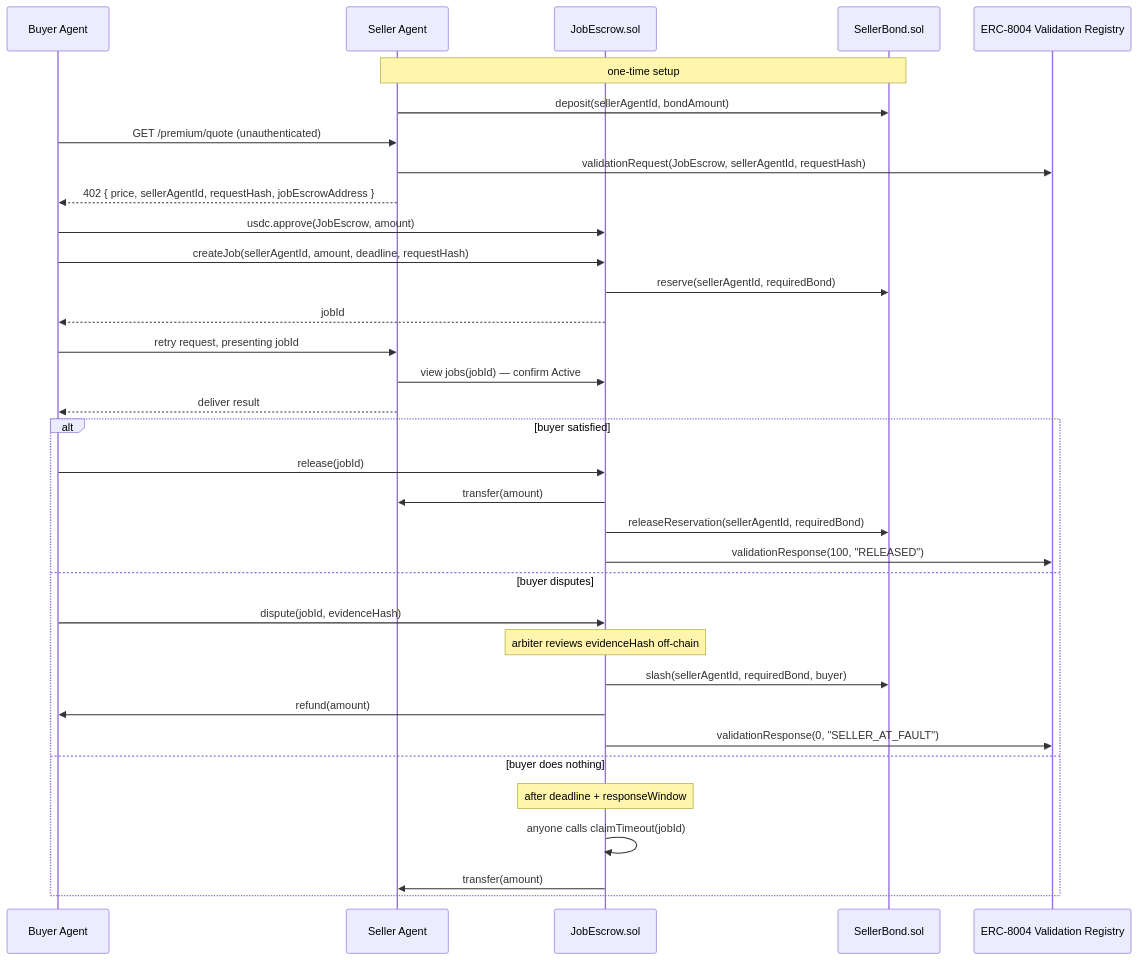
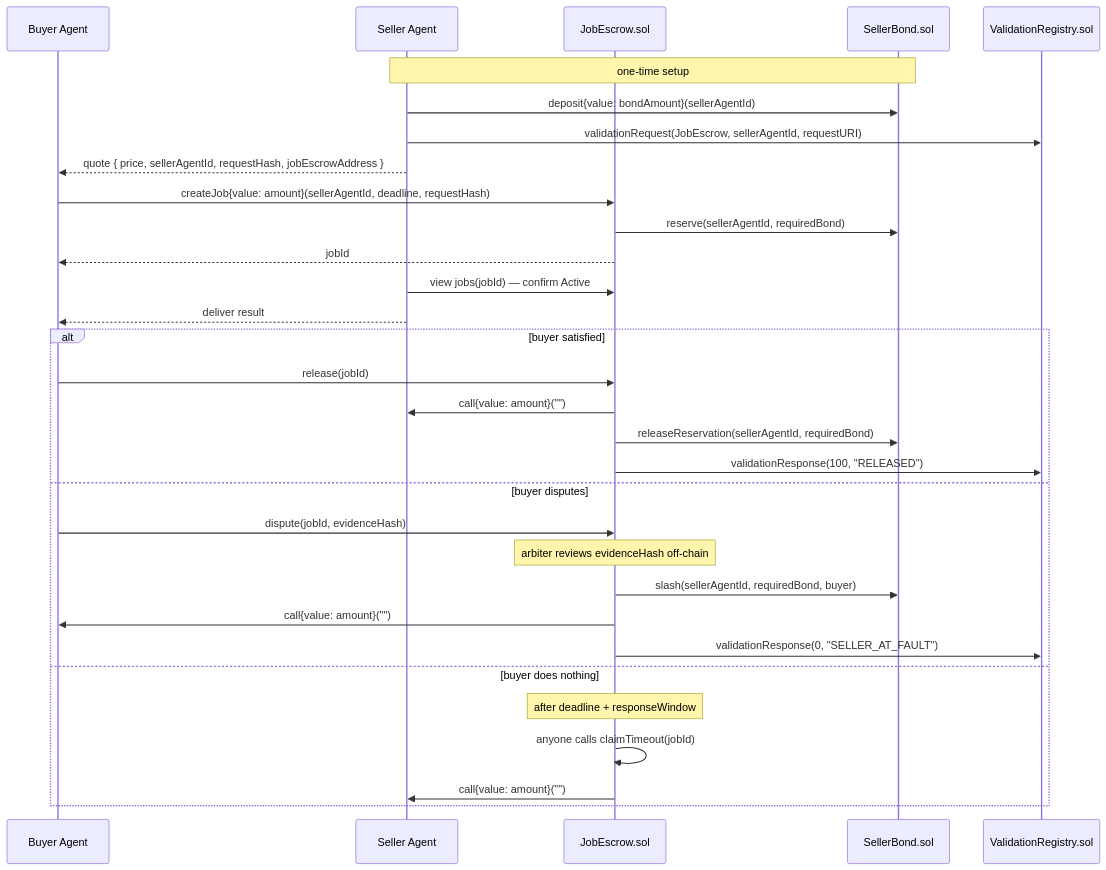
Before and after one commit to CHEF-SAVY/TripBOT: the diagram in README.md, drawn with Mermaid. The commit also changed other lines of this file and 76 other files, not shown here.

````diff
--- a/README.md
+++ b/README.md
@@ -57,41 +30,38 @@
 ```mermaid
 sequenceDiagram
     participant Buyer as Buyer Agent
     participant Seller as Seller Agent
     participant JE as JobEscrow.sol
     participant SB as SellerBond.sol
-    participant VR as ERC-8004 Validation Registry
+    participant VR as ValidationRegistry.sol
 
     Note over Seller,SB: one-time setup
-    Seller->>SB: deposit(sellerAgentId, bondAmount)
+    Seller->>SB: deposit{value: bondAmount}(sellerAgentId)
 
-    Buyer->>Seller: GET /premium/quote (unauthenticated)
-    Seller->>VR: validationRequest(JobEscrow, sellerAgentId, requestHash)
-    Seller-->>Buyer: 402 { price, sellerAgentId, requestHash, jobEscrowAddress }
+    Seller->>VR: validationRequest(JobEscrow, sellerAgentId, requestURI)
+    Seller-->>Buyer: quote { price, sellerAgentId, requestHash, jobEscrowAddress }
 
-    Buyer->>JE: usdc.approve(JobEscrow, amount)
-    Buyer->>JE: createJob(sellerAgentId, amount, deadline, requestHash)
+    Buyer->>JE: createJob{value: amount}(sellerAgentId, deadline, requestHash)
     JE->>SB: reserve(sellerAgentId, requiredBond)
     JE-->>Buyer: jobId
 
-    Buyer->>Seller: retry request, presenting jobId
     Seller->>JE: view jobs(jobId) — confirm Active
     Seller-->>Buyer: deliver result
 
     alt buyer satisfied
         Buyer->>JE: release(jobId)
-        JE->>Seller: transfer(amount)
+        JE->>Seller: call{value: amount}("")
         JE->>SB: releaseReservation(sellerAgentId, requiredBond)
         JE->>VR: validationResponse(100, "RELEASED")
     else buyer disputes
         Buyer->>JE: dispute(jobId, evidenceHash)
         Note over JE: arbiter reviews evidenceHash off-chain
         JE->>SB: slash(sellerAgentId, requiredBond, buyer)
-        JE->>Buyer: refund(amount)
+        JE->>Buyer: call{value: amount}("")
         JE->>VR: validationResponse(0, "SELLER_AT_FAULT")
     else buyer does nothing
         Note over JE: after deadline + responseWindow
         JE->>JE: anyone calls claimTimeout(jobId)
-        JE->>Seller: transfer(amount)
+        JE->>Seller: call{value: amount}("")
     end
 ```
````
